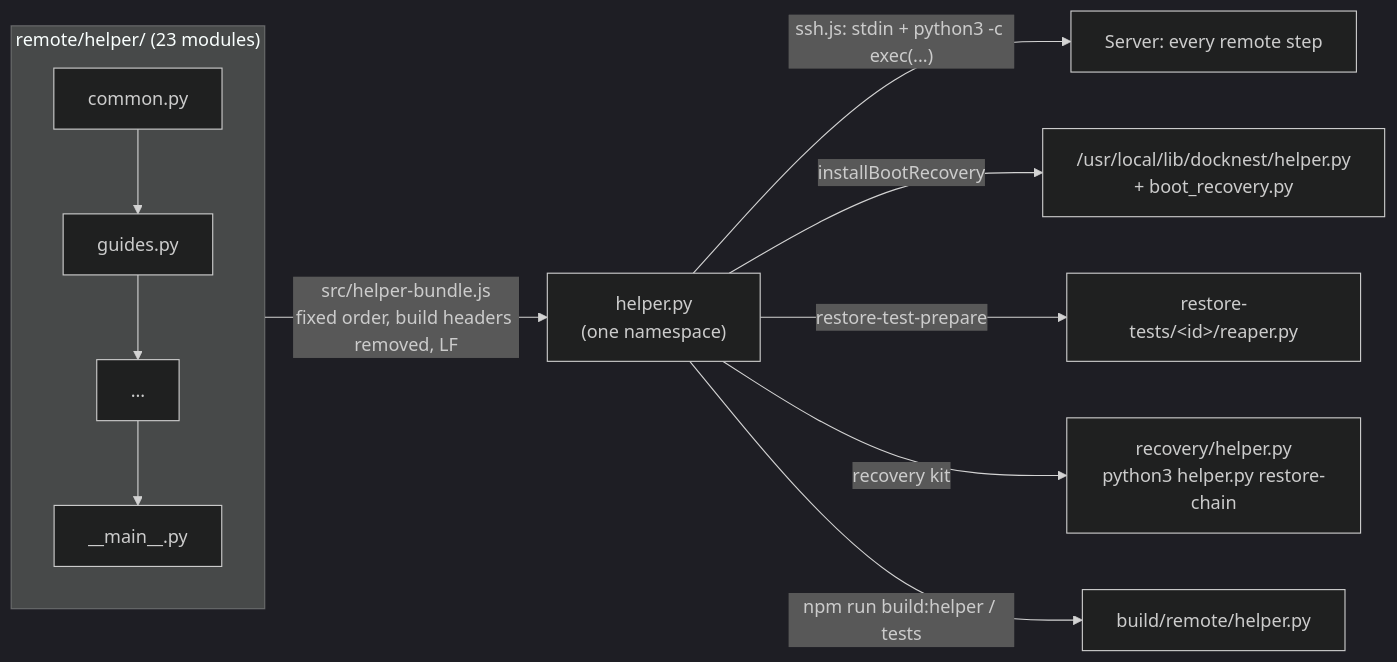
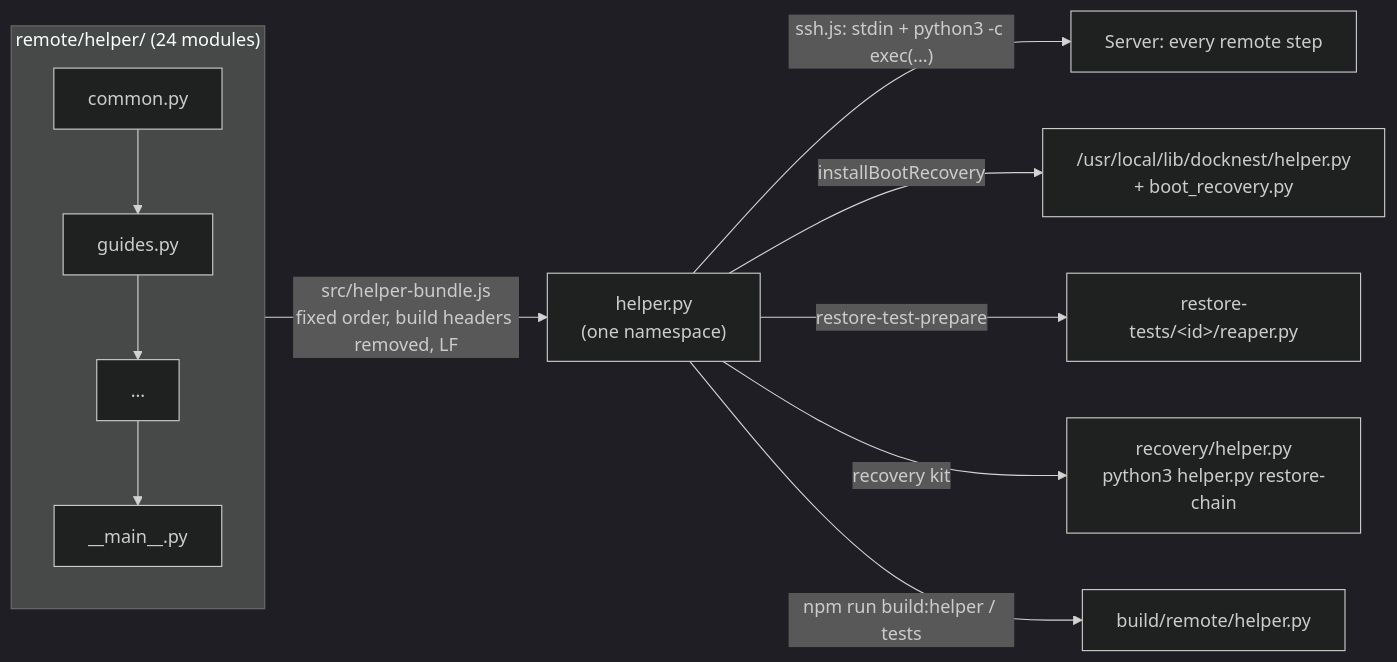
The first of 3 diagrams in docs/remote-helper.md (DahanItamar/DockNest), drawn with Mermaid (dark theme) before and after one commit. The commit also changed other lines of this file and 4 other files, not shown here.

````diff
--- a/docs/remote-helper.md
+++ b/docs/remote-helper.md
@@ -50,12 +51,12 @@
 ```mermaid
 flowchart LR
-  subgraph Source["remote/helper/ (23 modules)"]
+  subgraph Source["remote/helper/ (24 modules)"]
     M1[common.py] --> M2[guides.py] --> M3[...] --> M15[__main__.py]
   end
   Source -->|"src/helper-bundle.js<br/>fixed order, build headers removed, LF"| B["helper.py<br/>(one namespace)"]
   B -->|"ssh.js: stdin + python3 -c exec(...)"| S[Server: every remote step]
   B -->|"installBootRecovery"| R["/usr/local/lib/docknest/helper.py<br/>+ boot_recovery.py"]
   B -->|"restore-test-prepare"| P["restore-tests/&lt;id&gt;/reaper.py"]
   B -->|"recovery kit"| K["recovery/helper.py<br/>python3 helper.py restore-chain"]
   B -->|"npm run build:helper / tests"| D[build/remote/helper.py]
 ```
````
